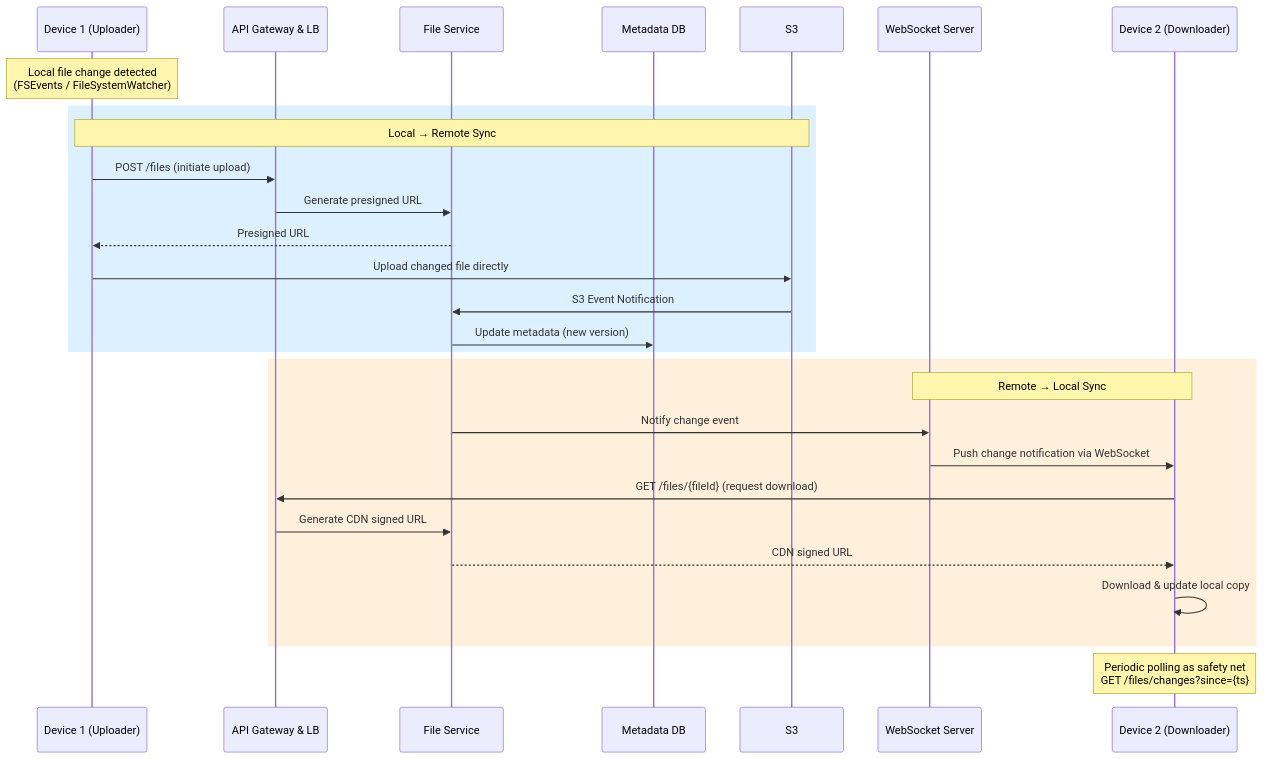
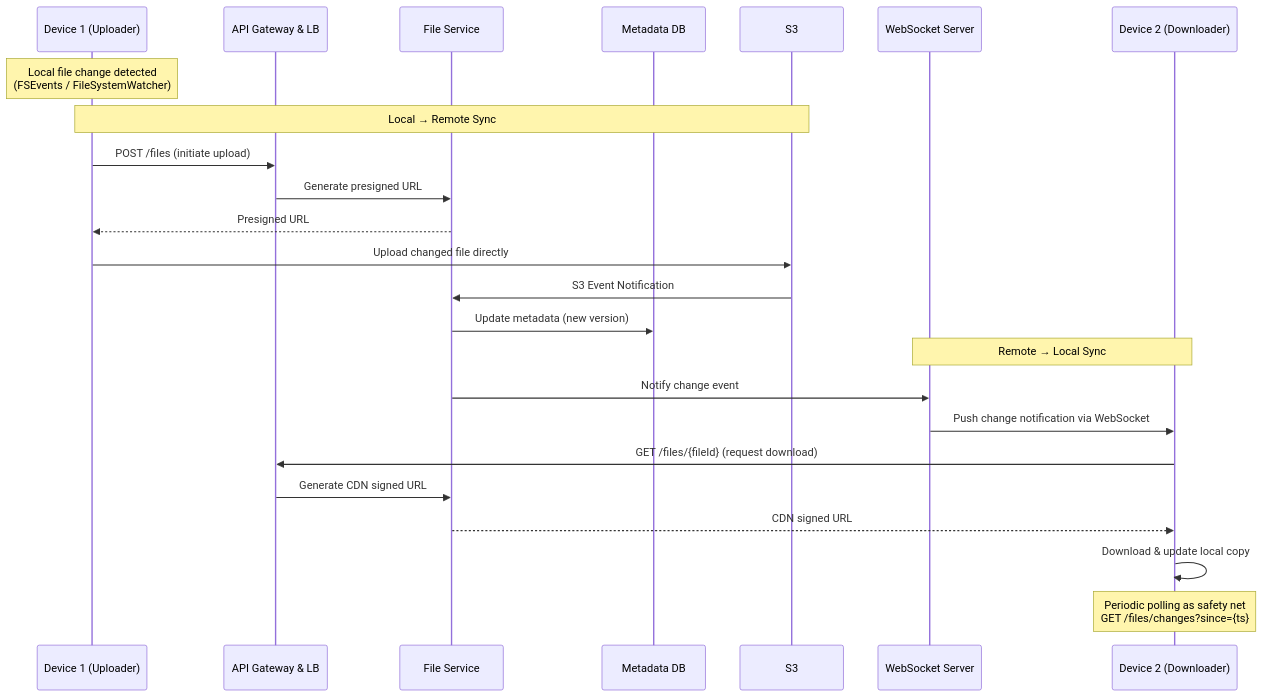
The seventh of 15 diagrams in hld/dropbox.md (vipi-n/swe-101), drawn with Mermaid before and after one commit. The commit also changed other lines of this file, not shown here.

````diff
--- a/hld/dropbox.md
+++ b/hld/dropbox.md
@@ -423,34 +429,31 @@
 ```mermaid
+%%{init: {'theme': 'default', 'themeVariables': {'fontSize': '18px'}}}%%
 sequenceDiagram
     participant D1 as Device 1 (Uploader)
     participant GW as API Gateway & LB
     participant FS as File Service
     participant DB as Metadata DB
     participant S3 as S3
     participant WS as WebSocket Server
     participant D2 as Device 2 (Downloader)
 
     Note over D1: Local file change detected<br/>(FSEvents / FileSystemWatcher)
 
-    rect rgb(220, 240, 255)
-        Note over D1,S3: Local → Remote Sync
-        D1->>GW: POST /files (initiate upload)
-        GW->>FS: Generate presigned URL
-        FS-->>D1: Presigned URL
-        D1->>S3: Upload changed file directly
-        S3->>FS: S3 Event Notification
-        FS->>DB: Update metadata (new version)
-    end
+    Note over D1,S3: Local → Remote Sync
+    D1->>GW: POST /files (initiate upload)
+    GW->>FS: Generate presigned URL
+    FS-->>D1: Presigned URL
+    D1->>S3: Upload changed file directly
+    S3->>FS: S3 Event Notification
+    FS->>DB: Update metadata (new version)
 
-    rect rgb(255, 240, 220)
-        Note over WS,D2: Remote → Local Sync
-        FS->>WS: Notify change event
-        WS->>D2: Push change notification via WebSocket
-        D2->>GW: GET /files/{fileId} (request download)
-        GW->>FS: Generate CDN signed URL
-        FS-->>D2: CDN signed URL
-        D2->>D2: Download & update local copy
-    end
+    Note over WS,D2: Remote → Local Sync
+    FS->>WS: Notify change event
+    WS->>D2: Push change notification via WebSocket
+    D2->>GW: GET /files/{fileId} (request download)
+    GW->>FS: Generate CDN signed URL
+    FS-->>D2: CDN signed URL
+    D2->>D2: Download & update local copy
 
     Note over D2: Periodic polling as safety net<br/>GET /files/changes?since={ts}
 ```
````
